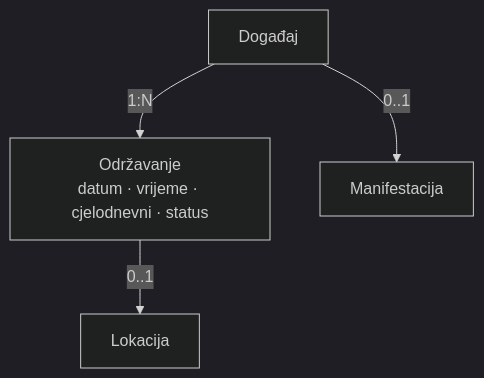
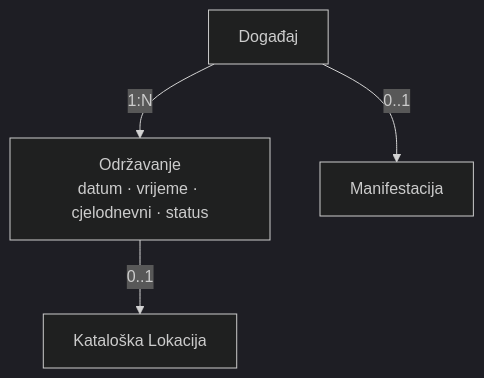
Before and after one commit to GoranOpK/digital.kotor.me: the first of 6 diagrams in docs/technical-specification/Technical-Specification_Odrzavanje.md, drawn with Mermaid (dark theme). The commit also changed other lines of this file and 6 other files, not shown here.

````diff
--- a/docs/technical-specification/Technical-Specification_Odrzavanje.md
+++ b/docs/technical-specification/Technical-Specification_Odrzavanje.md
@@ -265,11 +266,11 @@
 ```mermaid
 flowchart TD
   DG[Događaj]
   OD["Održavanje<br/>datum · vrijeme · cjelodnevni · status"]
-  LOK[Lokacija]
+  LOK[Kataloška Lokacija]
   MF[Manifestacija]
 
   DG -->|1:N| OD
   OD -->|0..1| LOK
   DG -->|0..1| MF
 ```
````
